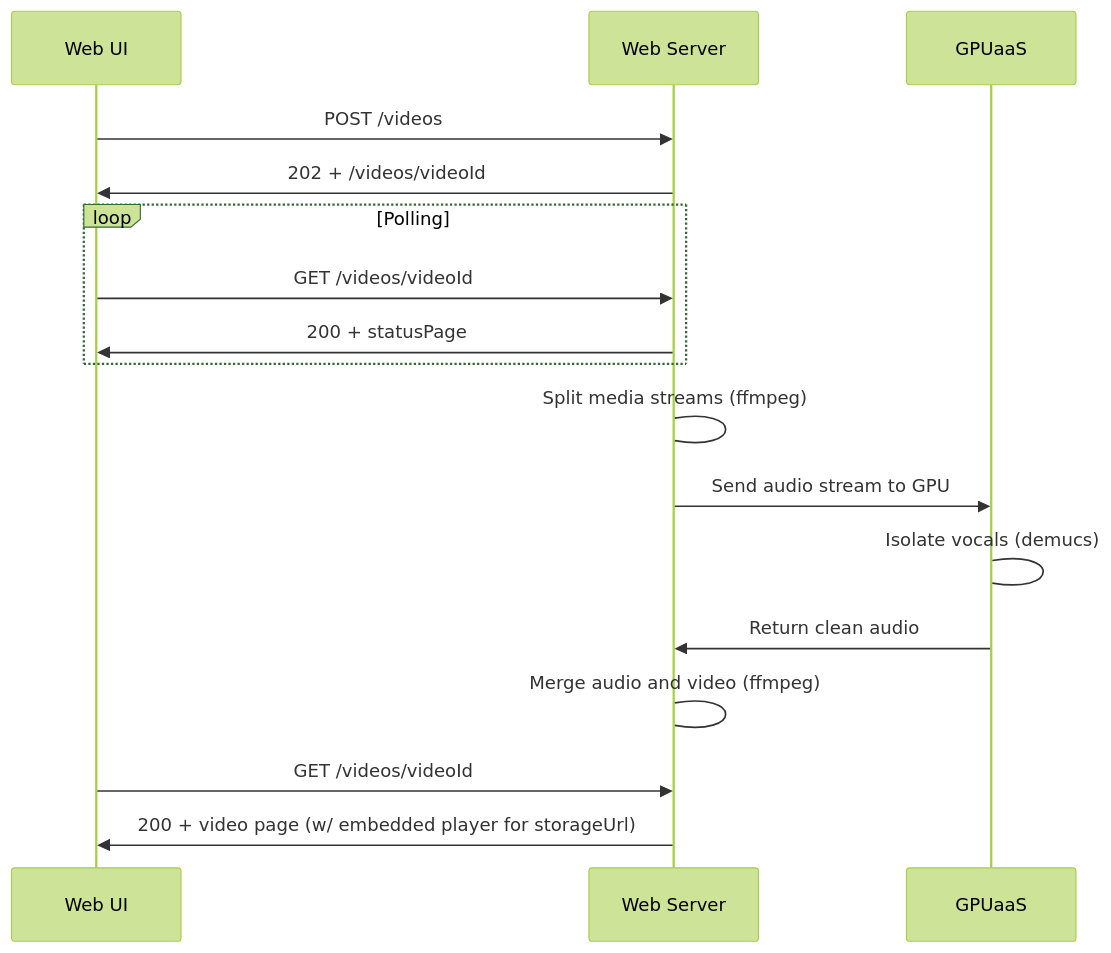
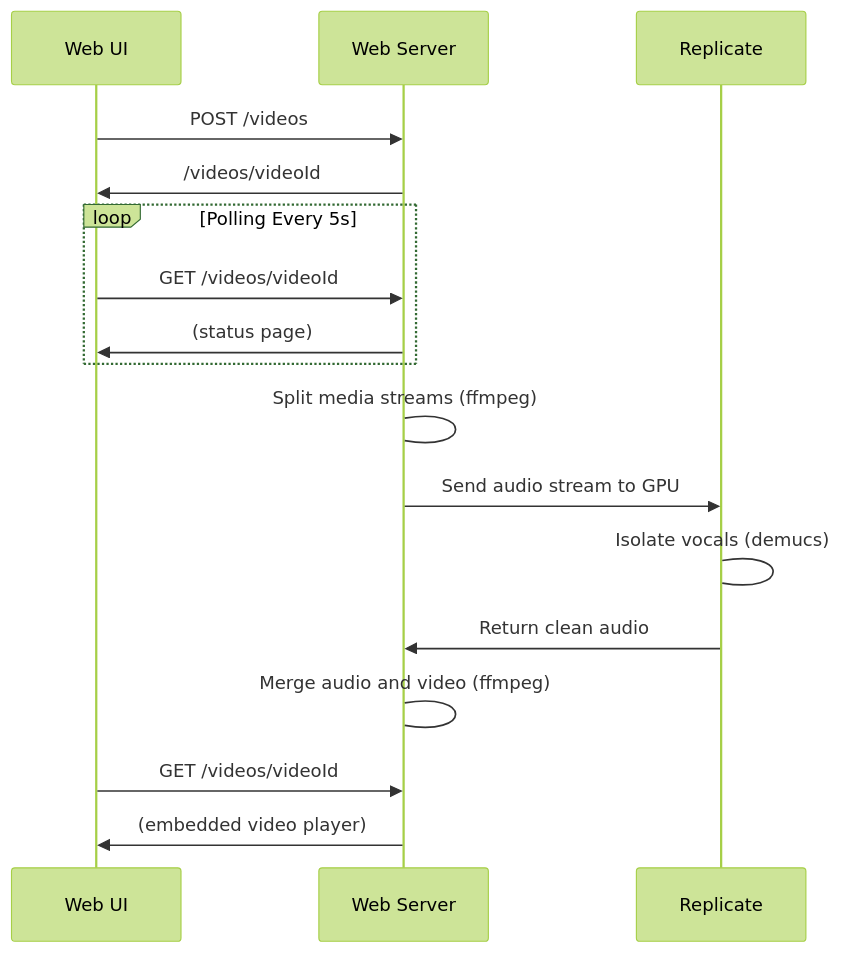
The diagram in README.md (bilalbox/demusifier), drawn with Mermaid (forest theme) before and after one commit. The commit also changed other lines of this file and 4 other files, not shown here.

````diff
--- a/README.md
+++ b/README.md
@@ -70,19 +27,19 @@
 ```mermaid
 sequenceDiagram
         participant ui as Web UI
         participant ws as Web Server
-        participant gpu as GPUaaS
+        participant gpu as Replicate
         ui->>ws: POST /videos
-        ws->>ui: 202 + /videos/videoId
-        loop Polling
+        ws->>ui: /videos/videoId
+        loop Polling Every 5s
         ui->>ws: GET /videos/videoId
-        ws->>ui: 200 + statusPage
+        ws->>ui: (status page)
         end
         ws->ws: Split media streams (ffmpeg)
         ws->>gpu: Send audio stream to GPU
         gpu->gpu: Isolate vocals (demucs)
         gpu->>ws: Return clean audio
         ws->ws: Merge audio and video (ffmpeg)
         ui->>ws: GET /videos/videoId
-        ws->>ui: 200 + video page (w/ embedded player for storageUrl)
+        ws->>ui: (embedded video player)
 ```
````
